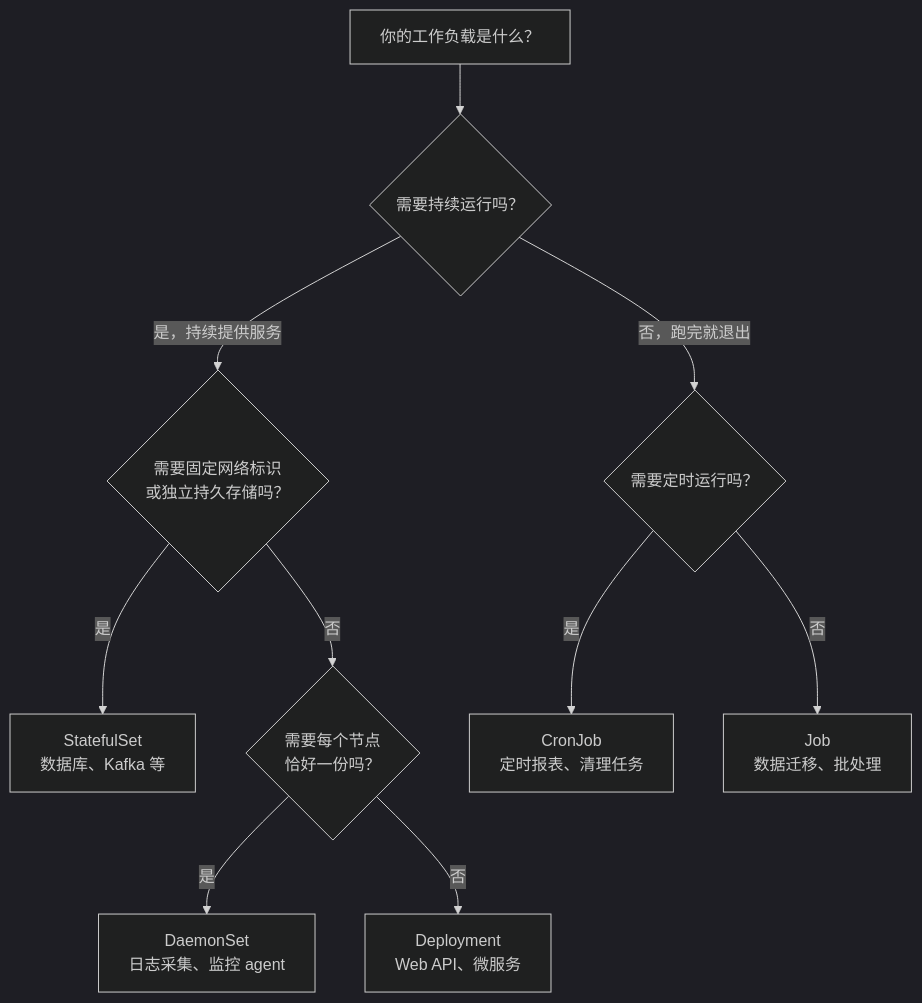
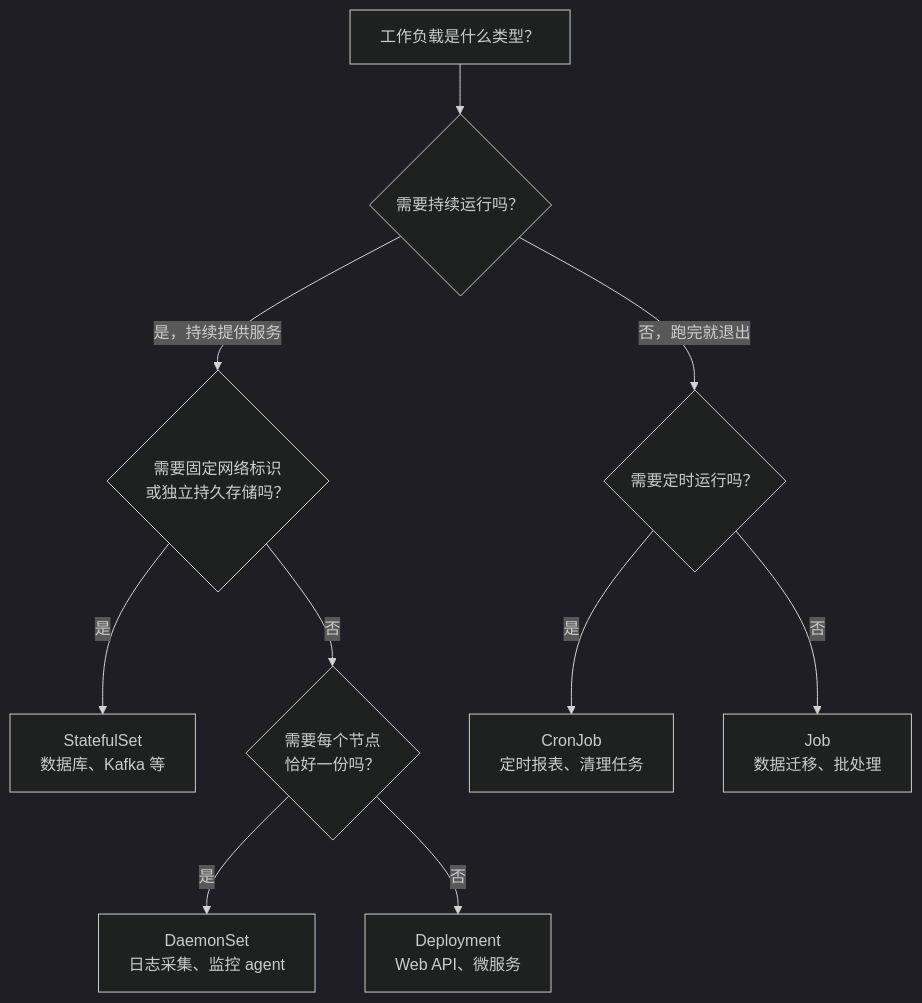
One commit to pillarliang/study-notes changed the diagram in infra/k8s-learning/03-k8s-workload-types.md. Above: the diagram before and after it, drawn with Mermaid (dark theme). The commit also changed other lines of this file and 12 other files, not shown here.

````diff
--- a/infra/k8s-learning/03-k8s-workload-types.md
+++ b/infra/k8s-learning/03-k8s-workload-types.md
@@ -689,16 +448,16 @@
 ```mermaid
 flowchart TD
-    START["你的工作负载是什么？"] --> Q1{"需要持续运行吗？"}
-    
+    START["工作负载是什么类型？"] --> Q1{"需要持续运行吗？"}
+
     Q1 -->|"是，持续提供服务"| Q2{"需要固定网络标识<br/>或独立持久存储吗？"}
     Q1 -->|"否，跑完就退出"| Q5{"需要定时运行吗？"}
-    
+
     Q2 -->|"是"| STS["StatefulSet<br/>数据库、Kafka 等"]
     Q2 -->|"否"| Q3{"需要每个节点<br/>恰好一份吗？"}
-    
+
     Q3 -->|"是"| DS["DaemonSet<br/>日志采集、监控 agent"]
     Q3 -->|"否"| DEP["Deployment<br/>Web API、微服务"]
-    
+
     Q5 -->|"是"| CRON["CronJob<br/>定时报表、清理任务"]
     Q5 -->|"否"| JOB["Job<br/>数据迁移、批处理"]
 ```
````
